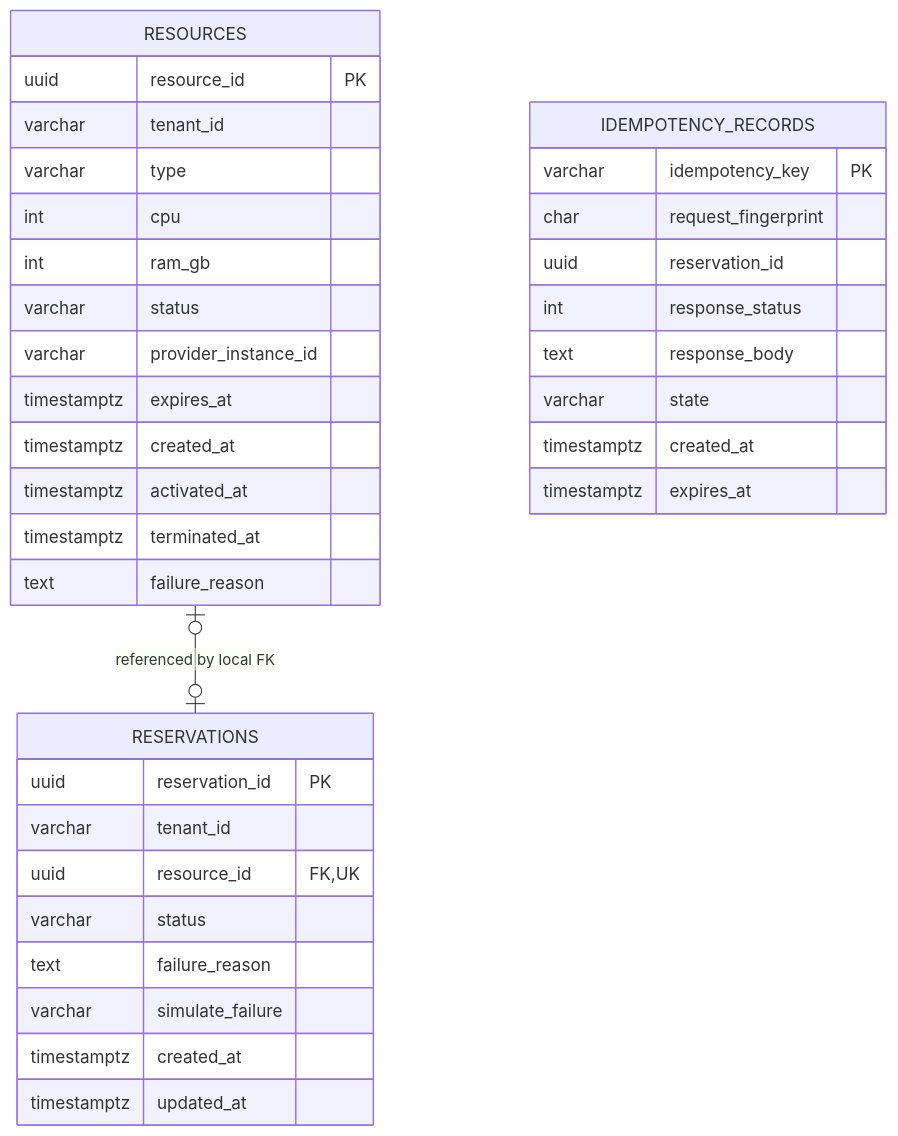
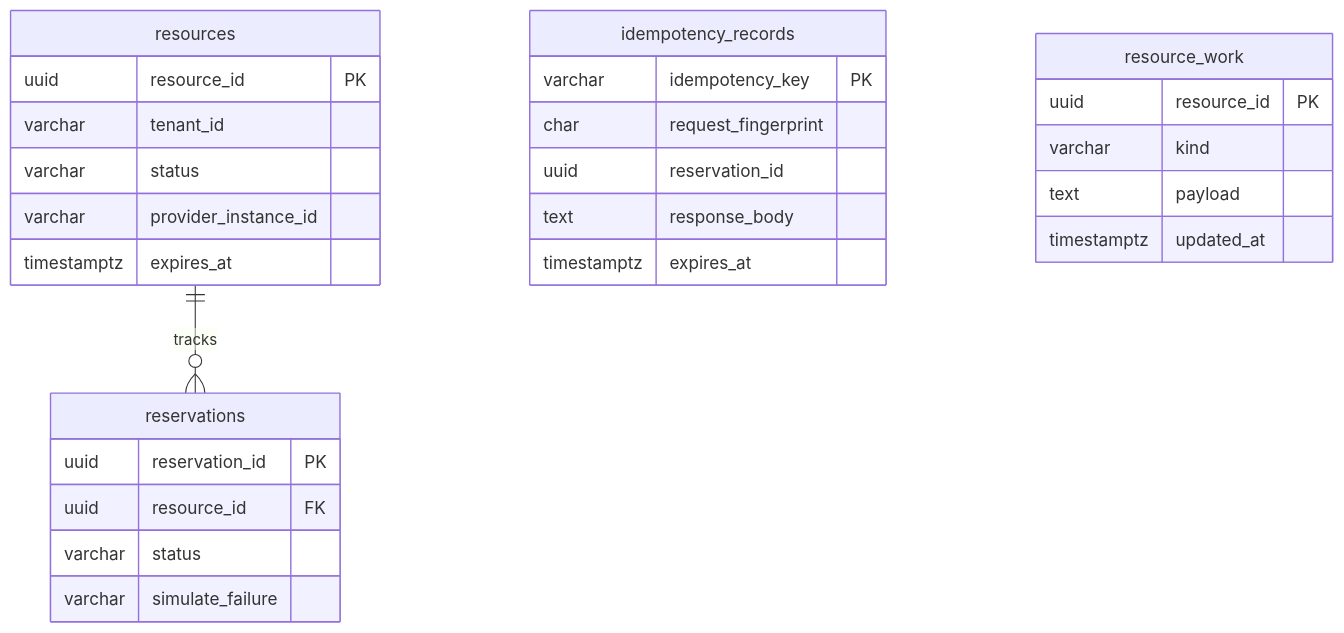
One commit to prajwalbhat39/microservice-cloud-resource-manager changed the fifth of 8 diagrams in PROJECT_REPORT.md. Above: the diagram before and after it, drawn with Mermaid. The commit also changed other lines of this file and 60 other files, not shown here.

````diff
--- a/PROJECT_REPORT.md
+++ b/PROJECT_REPORT.md
@@ -371,38 +176,30 @@
 ```mermaid
 erDiagram
-    RESOURCES o|--o| RESERVATIONS : "referenced by local FK"
-    RESOURCES {
+    resources ||--o{ reservations : tracks
+    resources {
         uuid resource_id PK
         varchar tenant_id
-        varchar type
-        int cpu
-        int ram_gb
         varchar status
         varchar provider_instance_id
         timestamptz expires_at
-        timestamptz created_at
-        timestamptz activated_at
-        timestamptz terminated_at
-        text failure_reason
     }
-    RESERVATIONS {
+    reservations {
         uuid reservation_id PK
-        varchar tenant_id
-        uuid resource_id FK,UK
+        uuid resource_id FK
         varchar status
-        text failure_reason
         varchar simulate_failure
-        timestamptz created_at
-        timestamptz updated_at
     }
-    IDEMPOTENCY_RECORDS {
+    idempotency_records {
         varchar idempotency_key PK
         char request_fingerprint
         uuid reservation_id
-        int response_status
         text response_body
-        varchar state
-        timestamptz created_at
         timestamptz expires_at
     }
+    resource_work {
+        uuid resource_id PK
+        varchar kind
+        text payload
+        timestamptz updated_at
+    }
 ```
````
